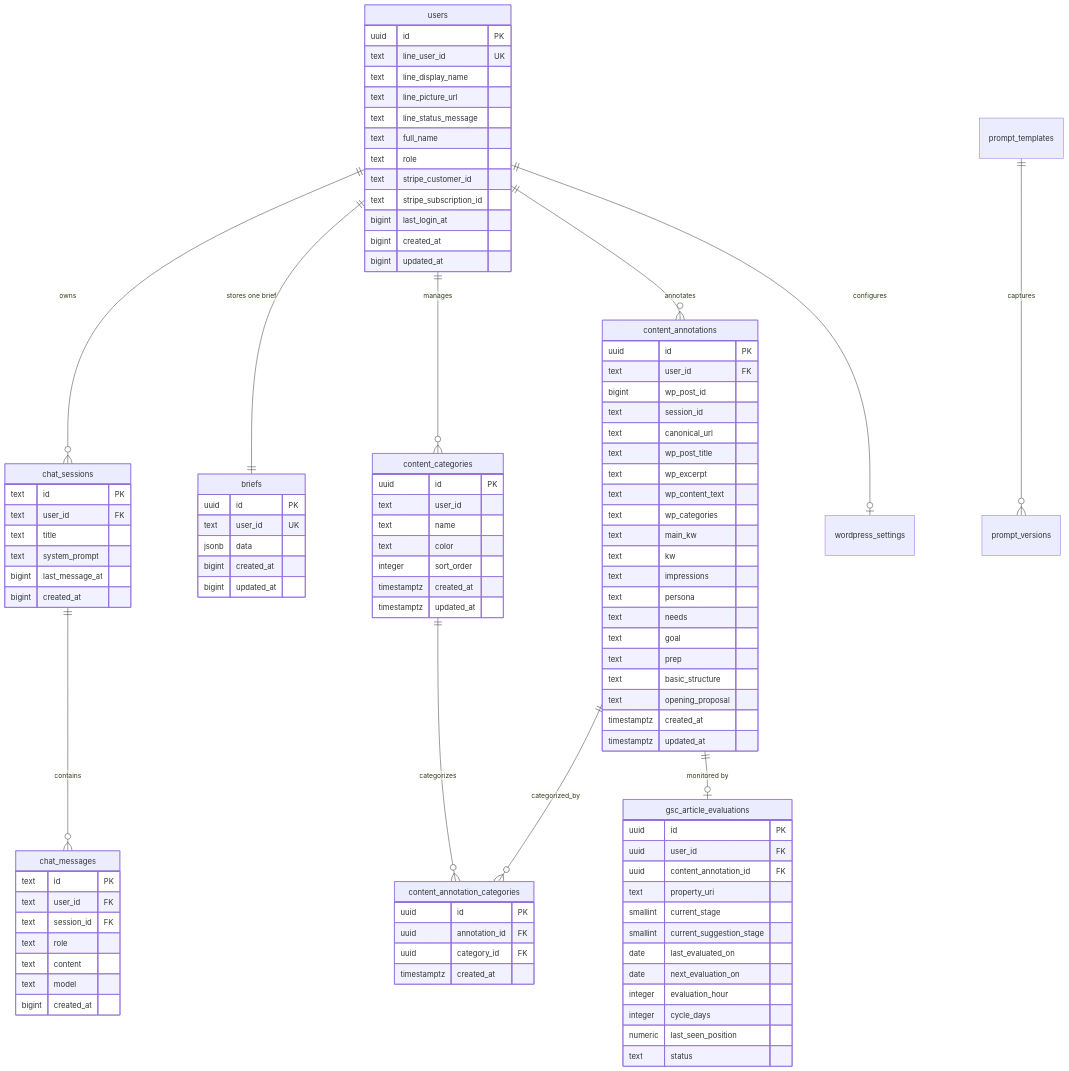
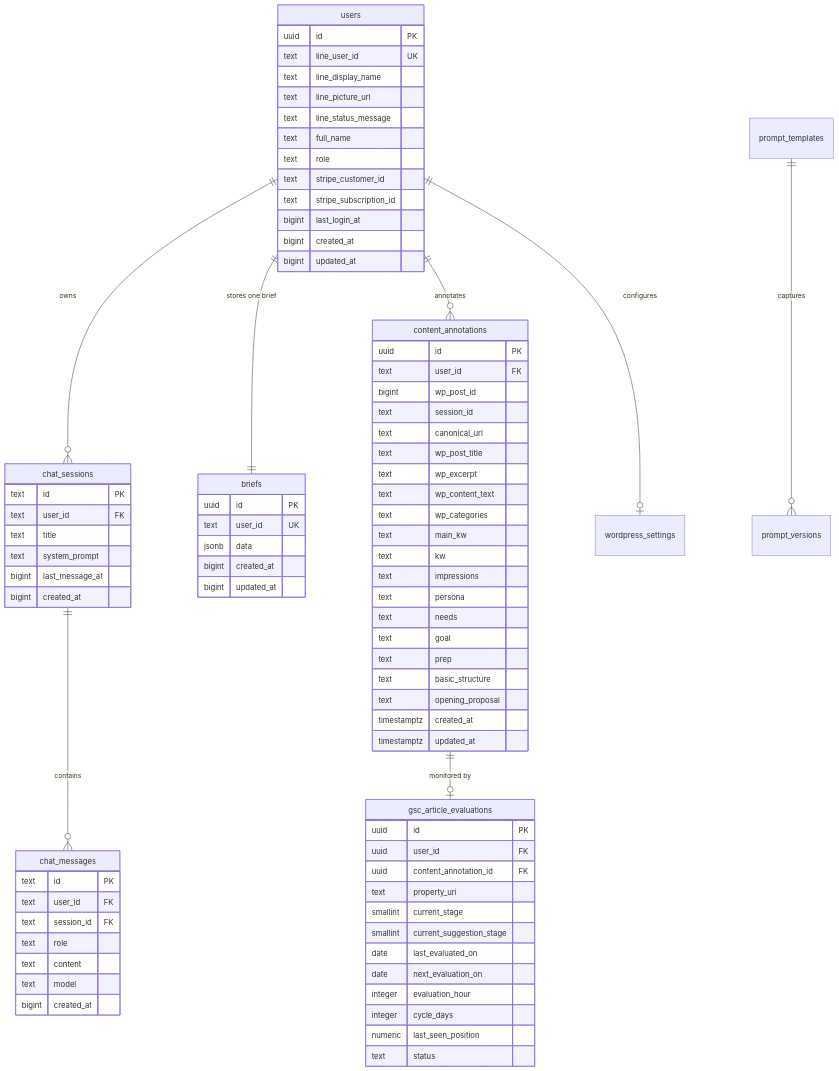
One commit to shoma-endo/industry-specific-mc-training changed the third of 3 diagrams in README.md. Above: the diagram before and after it, drawn with Mermaid. The commit also changed 2 other files, not shown here.

Commit message:
カテゴリ削除に合わせてドキュメントを更新

````diff
--- a/README.md
+++ b/README.md
@@ -236,23 +236,6 @@
         timestamptz updated_at
     }
 
-    content_categories {
-        uuid id PK
-        text user_id
-        text name
-        text color
-        integer sort_order
-        timestamptz created_at
-        timestamptz updated_at
-    }
-
-    content_annotation_categories {
-        uuid id PK
-        uuid annotation_id FK
-        uuid category_id FK
-        timestamptz created_at
-    }
-
     gsc_article_evaluations {
         uuid id PK
         uuid user_id FK
@@ -274,8 +257,5 @@
     users ||--o{ content_annotations : annotates
     users ||--o| wordpress_settings : configures
     prompt_templates ||--o{ prompt_versions : captures
-    users ||--o{ content_categories : manages
-    content_annotations ||--o{ content_annotation_categories : categorized_by
-    content_categories ||--o{ content_annotation_categories : categorizes
     content_annotations ||--o| gsc_article_evaluations : "monitored by"
 ```
````
